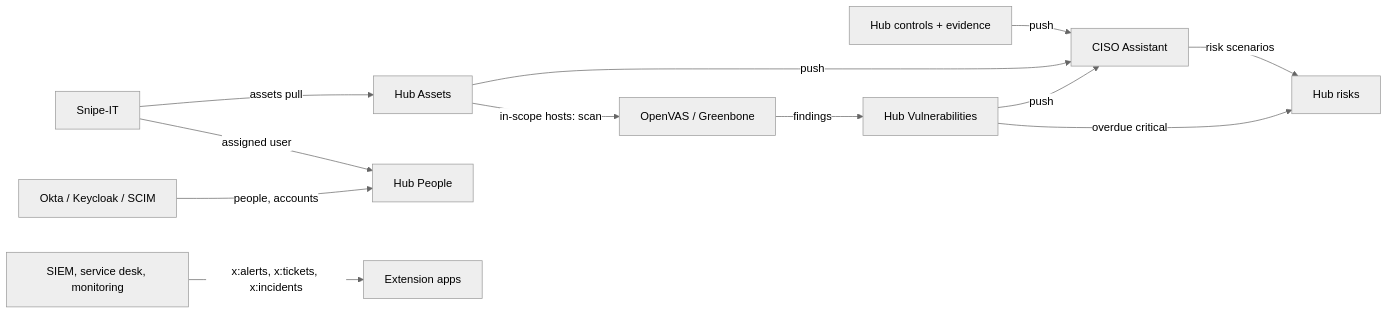
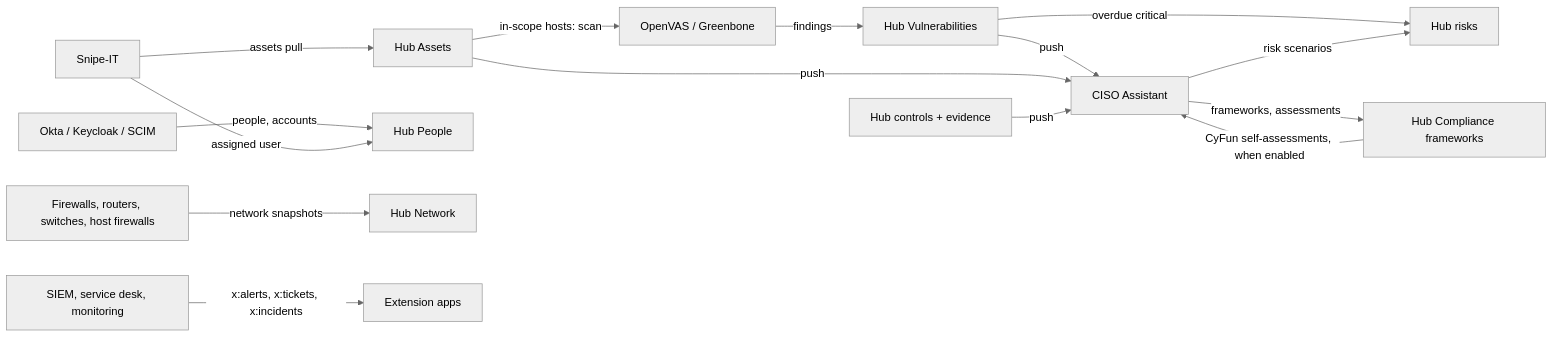
Before and after one commit to IvenGe/atrium: the diagram in docs/INTEGRATIONS.md, drawn with Mermaid (neutral theme). The commit also changed other lines of this file and 145 other files, not shown here.

First line of the commit message:
Round 3: CyFun frameworks, network devices, guarded changes, maps; final review fixes

````diff
--- a/docs/INTEGRATIONS.md
+++ b/docs/INTEGRATIONS.md
@@ -20,14 +21,17 @@
 ```mermaid
 flowchart LR
   snipe[Snipe-IT] -- assets pull --> assets[Hub Assets]
   assets -- in-scope hosts: scan --> gvm[OpenVAS / Greenbone]
   gvm -- findings --> vulns[Hub Vulnerabilities]
   vulns -- push --> ciso[CISO Assistant]
   vulns -- overdue critical --> risks[Hub risks]
   assets -- push --> ciso
   controls[Hub controls + evidence] -- push --> ciso
   ciso -- risk scenarios --> risks
+  ciso -- frameworks, assessments --> fw[Hub Compliance frameworks]
+  fw -- CyFun self-assessments, when enabled --> ciso
   okta[Okta / Keycloak / SCIM] -- people, accounts --> people[Hub People]
   snipe -- assigned user --> people
+  devices[Firewalls, routers, switches, host firewalls] -- network snapshots --> network[Hub Network]
   wazuh[SIEM, service desk, monitoring] -- "x:alerts, x:tickets, x:incidents" --> xapps[Extension apps]
 ```
````
